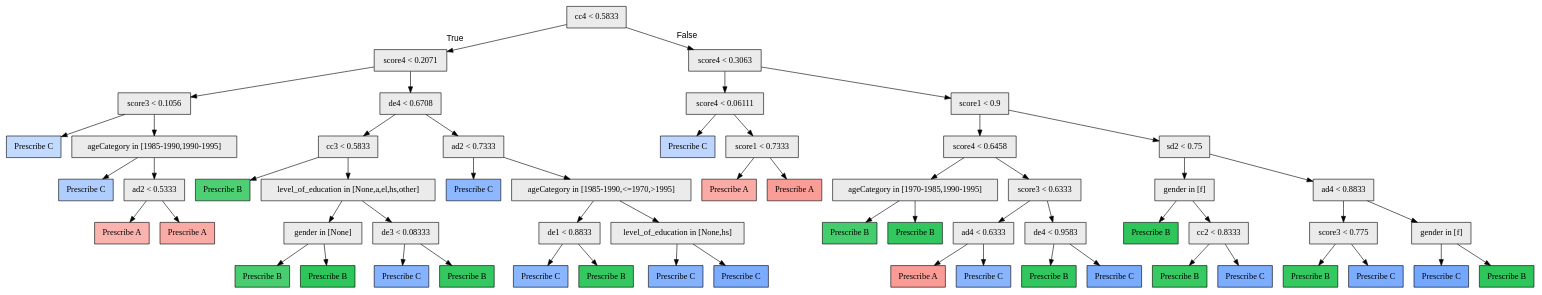
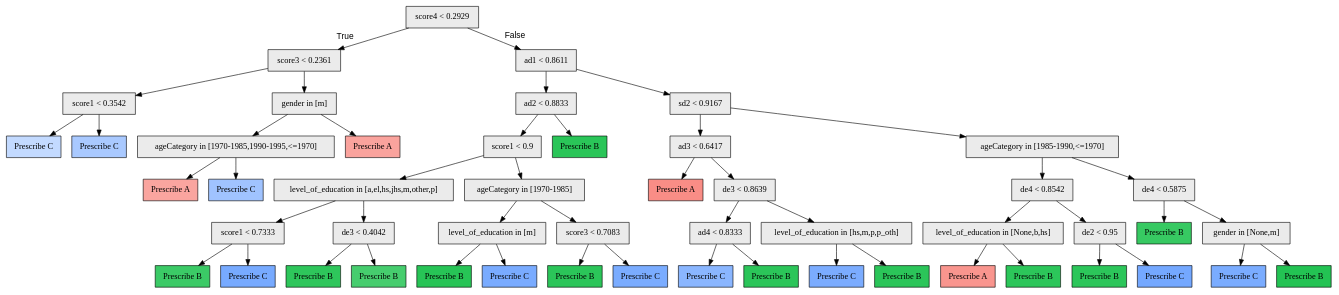
The diagram in python/model/4/rts/pytree.dot (galitLukin/PersonalizedLearning), drawn with Graphviz before and after one commit. The commit also changed 15 other files, not shown here.

```diff
--- a/python/model/4/rts/pytree.dot
+++ b/python/model/4/rts/pytree.dot
@@ -1,103 +1,95 @@
 digraph "G" {
-1 [fillcolor="#EBEBEB", fontname="bold arial", label="cc4 &lt; 0.5833", shape=box, style="filled"];
-2 [fillcolor="#EBEBEB", fontname="bold arial", label="score4 &lt; 0.2071", shape=box, style="filled"];
-3 [fillcolor="#EBEBEB", fontname="bold arial", label="score3 &lt; 0.1056", shape=box, style="filled"];
+1 [fillcolor="#EBEBEB", fontname="bold arial", label="score4 &lt; 0.2929", shape=box, style="filled"];
+2 [fillcolor="#EBEBEB", fontname="bold arial", label="score3 &lt; 0.2361", shape=box, style="filled"];
+3 [fillcolor="#EBEBEB", fontname="bold arial", label="score1 &lt; 0.3542", shape=box, style="filled"];
 4 [color=black, fillcolor="#619CFF60", fontname="bold arial", label="Prescribe C", shape=box, style="filled"];
-5 [fillcolor="#EBEBEB", fontname="bold arial", label="ageCategory in [1985-1990,1990-1995]", shape=box, style="filled"];
-6 [color=black, fillcolor="#619CFF80", fontname="bold arial", label="Prescribe C", shape=box, style="filled"];
-7 [fillcolor="#EBEBEB", fontname="bold arial", label="ad2 &lt; 0.5333", shape=box, style="filled"];
-8 [color=black, fillcolor="#F8766D8c", fontname="bold arial", label="Prescribe A", shape=box, style="filled"];
-9 [color=black, fillcolor="#F8766D9c", fontname="bold arial", label="Prescribe A", shape=box, style="filled"];
-10 [fillcolor="#EBEBEB", fontname="bold arial", label="de4 &lt; 0.6708", shape=box, style="filled"];
-11 [fillcolor="#EBEBEB", fontname="bold arial", label="cc3 &lt; 0.5833", shape=box, style="filled"];
-12 [color=black, fillcolor="#00BA38b1", fontname="bold arial", label="Prescribe B", shape=box, style="filled"];
-13 [fillcolor="#EBEBEB", fontname="bold arial", label="level_of_education in [None,a,el,hs,other]", shape=box, style="filled"];
-14 [fillcolor="#EBEBEB", fontname="bold arial", label="gender in [None]", shape=box, style="filled"];
-15 [color=black, fillcolor="#00BA38b7", fontname="bold arial", label="Prescribe B", shape=box, style="filled"];
-16 [color=black, fillcolor="#00BA38d2", fontname="bold arial", label="Prescribe B", shape=box, style="filled"];
-17 [fillcolor="#EBEBEB", fontname="bold arial", label="de3 &lt; 0.08333", shape=box, style="filled"];
-18 [color=black, fillcolor="#619CFFc3", fontname="bold arial", label="Prescribe C", shape=box, style="filled"];
-19 [color=black, fillcolor="#00BA38cb", fontname="bold arial", label="Prescribe B", shape=box, style="filled"];
-20 [fillcolor="#EBEBEB", fontname="bold arial", label="ad2 &lt; 0.7333", shape=box, style="filled"];
-21 [color=black, fillcolor="#619CFFb8", fontname="bold arial", label="Prescribe C", shape=box, style="filled"];
-22 [fillcolor="#EBEBEB", fontname="bold arial", label="ageCategory in [1985-1990,&lt;=1970,&gt;1995]", shape=box, style="filled"];
-23 [fillcolor="#EBEBEB", fontname="bold arial", label="de1 &lt; 0.8833", shape=box, style="filled"];
-24 [color=black, fillcolor="#619CFFbc", fontname="bold arial", label="Prescribe C", shape=box, style="filled"];
-25 [color=black, fillcolor="#00BA38ca", fontname="bold arial", label="Prescribe B", shape=box, style="filled"];
-26 [fillcolor="#EBEBEB", fontname="bold arial", label="level_of_education in [None,hs]", shape=box, style="filled"];
-27 [color=black, fillcolor="#619CFFc6", fontname="bold arial", label="Prescribe C", shape=box, style="filled"];
-28 [color=black, fillcolor="#619CFFd5", fontname="bold arial", label="Prescribe C", shape=box, style="filled"];
-29 [fillcolor="#EBEBEB", fontname="bold arial", label="score4 &lt; 0.3063", shape=box, style="filled"];
-30 [fillcolor="#EBEBEB", fontname="bold arial", label="score4 &lt; 0.06111", shape=box, style="filled"];
-31 [color=black, fillcolor="#619CFF68", fontname="bold arial", label="Prescribe C", shape=box, style="filled"];
-32 [fillcolor="#EBEBEB", fontname="bold arial", label="score1 &lt; 0.7333", shape=box, style="filled"];
-33 [color=black, fillcolor="#F8766D9c", fontname="bold arial", label="Prescribe A", shape=box, style="filled"];
-34 [color=black, fillcolor="#F8766Db6", fontname="bold arial", label="Prescribe A", shape=box, style="filled"];
-35 [fillcolor="#EBEBEB", fontname="bold arial", label="score1 &lt; 0.9", shape=box, style="filled"];
-36 [fillcolor="#EBEBEB", fontname="bold arial", label="score4 &lt; 0.6458", shape=box, style="filled"];
-37 [fillcolor="#EBEBEB", fontname="bold arial", label="ageCategory in [1970-1985,1990-1995]", shape=box, style="filled"];
-38 [color=black, fillcolor="#00BA38ba", fontname="bold arial", label="Prescribe B", shape=box, style="filled"];
-39 [color=black, fillcolor="#00BA38ce", fontname="bold arial", label="Prescribe B", shape=box, style="filled"];
-40 [fillcolor="#EBEBEB", fontname="bold arial", label="score3 &lt; 0.6333", shape=box, style="filled"];
-41 [fillcolor="#EBEBEB", fontname="bold arial", label="ad4 &lt; 0.6333", shape=box, style="filled"];
-42 [color=black, fillcolor="#F8766Db8", fontname="bold arial", label="Prescribe A", shape=box, style="filled"];
-43 [color=black, fillcolor="#619CFFbe", fontname="bold arial", label="Prescribe C", shape=box, style="filled"];
-44 [fillcolor="#EBEBEB", fontname="bold arial", label="de4 &lt; 0.9583", shape=box, style="filled"];
-45 [color=black, fillcolor="#00BA38ce", fontname="bold arial", label="Prescribe B", shape=box, style="filled"];
-46 [color=black, fillcolor="#619CFFd8", fontname="bold arial", label="Prescribe C", shape=box, style="filled"];
-47 [fillcolor="#EBEBEB", fontname="bold arial", label="sd2 &lt; 0.75", shape=box, style="filled"];
-48 [fillcolor="#EBEBEB", fontname="bold arial", label="gender in [f]", shape=box, style="filled"];
-49 [color=black, fillcolor="#00BA38d1", fontname="bold arial", label="Prescribe B", shape=box, style="filled"];
-50 [fillcolor="#EBEBEB", fontname="bold arial", label="cc2 &lt; 0.8333", shape=box, style="filled"];
-51 [color=black, fillcolor="#00BA38c8", fontname="bold arial", label="Prescribe B", shape=box, style="filled"];
-52 [color=black, fillcolor="#619CFFd2", fontname="bold arial", label="Prescribe C", shape=box, style="filled"];
-53 [fillcolor="#EBEBEB", fontname="bold arial", label="ad4 &lt; 0.8833", shape=box, style="filled"];
-54 [fillcolor="#EBEBEB", fontname="bold arial", label="score3 &lt; 0.775", shape=box, style="filled"];
-55 [color=black, fillcolor="#00BA38cb", fontname="bold arial", label="Prescribe B", shape=box, style="filled"];
-56 [color=black, fillcolor="#619CFFd4", fontname="bold arial", label="Prescribe C", shape=box, style="filled"];
-57 [fillcolor="#EBEBEB", fontname="bold arial", label="gender in [f]", shape=box, style="filled"];
-58 [color=black, fillcolor="#619CFFdf", fontname="bold arial", label="Prescribe C", shape=box, style="filled"];
-59 [color=black, fillcolor="#00BA38d3", fontname="bold arial", label="Prescribe B", shape=box, style="filled"];
+5 [color=black, fillcolor="#619CFF8b", fontname="bold arial", label="Prescribe C", shape=box, style="filled"];
+6 [fillcolor="#EBEBEB", fontname="bold arial", label="gender in [m]", shape=box, style="filled"];
+7 [fillcolor="#EBEBEB", fontname="bold arial", label="ageCategory in [1970-1985,1990-1995,&lt;=1970]", shape=box, style="filled"];
+8 [color=black, fillcolor="#F8766Da7", fontname="bold arial", label="Prescribe A", shape=box, style="filled"];
+9 [color=black, fillcolor="#619CFF99", fontname="bold arial", label="Prescribe C", shape=box, style="filled"];
+10 [color=black, fillcolor="#F8766Daa", fontname="bold arial", label="Prescribe A", shape=box, style="filled"];
+11 [fillcolor="#EBEBEB", fontname="bold arial", label="ad1 &lt; 0.8611", shape=box, style="filled"];
+12 [fillcolor="#EBEBEB", fontname="bold arial", label="ad2 &lt; 0.8833", shape=box, style="filled"];
+13 [fillcolor="#EBEBEB", fontname="bold arial", label="score1 &lt; 0.9", shape=box, style="filled"];
+14 [fillcolor="#EBEBEB", fontname="bold arial", label="level_of_education in [a,el,hs,jhs,m,other,p]", shape=box, style="filled"];
+15 [fillcolor="#EBEBEB", fontname="bold arial", label="score1 &lt; 0.7333", shape=box, style="filled"];
+16 [color=black, fillcolor="#00BA38c4", fontname="bold arial", label="Prescribe B", shape=box, style="filled"];
+17 [color=black, fillcolor="#619CFFda", fontname="bold arial", label="Prescribe C", shape=box, style="filled"];
+18 [fillcolor="#EBEBEB", fontname="bold arial", label="de3 &lt; 0.4042", shape=box, style="filled"];
+19 [color=black, fillcolor="#00BA38d1", fontname="bold arial", label="Prescribe B", shape=box, style="filled"];
+20 [color=black, fillcolor="#00BA38b9", fontname="bold arial", label="Prescribe B", shape=box, style="filled"];
+21 [fillcolor="#EBEBEB", fontname="bold arial", label="ageCategory in [1970-1985]", shape=box, style="filled"];
+22 [fillcolor="#EBEBEB", fontname="bold arial", label="level_of_education in [m]", shape=box, style="filled"];
+23 [color=black, fillcolor="#00BA38d8", fontname="bold arial", label="Prescribe B", shape=box, style="filled"];
+24 [color=black, fillcolor="#619CFFd8", fontname="bold arial", label="Prescribe C", shape=box, style="filled"];
+25 [fillcolor="#EBEBEB", fontname="bold arial", label="score3 &lt; 0.7083", shape=box, style="filled"];
+26 [color=black, fillcolor="#00BA38d4", fontname="bold arial", label="Prescribe B", shape=box, style="filled"];
+27 [color=black, fillcolor="#619CFFd6", fontname="bold arial", label="Prescribe C", shape=box, style="filled"];
+28 [color=black, fillcolor="#00BA38d5", fontname="bold arial", label="Prescribe B", shape=box, style="filled"];
+29 [fillcolor="#EBEBEB", fontname="bold arial", label="sd2 &lt; 0.9167", shape=box, style="filled"];
+30 [fillcolor="#EBEBEB", fontname="bold arial", label="ad3 &lt; 0.6417", shape=box, style="filled"];
+31 [color=black, fillcolor="#F8766Dd3", fontname="bold arial", label="Prescribe A", shape=box, style="filled"];
+32 [fillcolor="#EBEBEB", fontname="bold arial", label="de3 &lt; 0.8639", shape=box, style="filled"];
+33 [fillcolor="#EBEBEB", fontname="bold arial", label="ad4 &lt; 0.8333", shape=box, style="filled"];
+34 [color=black, fillcolor="#619CFFbc", fontname="bold arial", label="Prescribe C", shape=box, style="filled"];
+35 [color=black, fillcolor="#00BA38d4", fontname="bold arial", label="Prescribe B", shape=box, style="filled"];
+36 [fillcolor="#EBEBEB", fontname="bold arial", label="level_of_education in [hs,m,p,p_oth]", shape=box, style="filled"];
+37 [color=black, fillcolor="#619CFFd5", fontname="bold arial", label="Prescribe C", shape=box, style="filled"];
+38 [color=black, fillcolor="#00BA38d4", fontname="bold arial", label="Prescribe B", shape=box, style="filled"];
+39 [fillcolor="#EBEBEB", fontname="bold arial", label="ageCategory in [1985-1990,&lt;=1970]", shape=box, style="filled"];
+40 [fillcolor="#EBEBEB", fontname="bold arial", label="de4 &lt; 0.8542", shape=box, style="filled"];
+41 [fillcolor="#EBEBEB", fontname="bold arial", label="level_of_education in [None,b,hs]", shape=box, style="filled"];
+42 [color=black, fillcolor="#F8766Dc5", fontname="bold arial", label="Prescribe A", shape=box, style="filled"];
+43 [color=black, fillcolor="#00BA38d3", fontname="bold arial", label="Prescribe B", shape=box, style="filled"];
+44 [fillcolor="#EBEBEB", fontname="bold arial", label="de2 &lt; 0.95", shape=box, style="filled"];
+45 [color=black, fillcolor="#00BA38d3", fontname="bold arial", label="Prescribe B", shape=box, style="filled"];
+46 [color=black, fillcolor="#619CFFdf", fontname="bold arial", label="Prescribe C", shape=box, style="filled"];
+47 [fillcolor="#EBEBEB", fontname="bold arial", label="de4 &lt; 0.5875", shape=box, style="filled"];
+48 [color=black, fillcolor="#00BA38c8", fontname="bold arial", label="Prescribe B", shape=box, style="filled"];
+49 [fillcolor="#EBEBEB", fontname="bold arial", label="gender in [None,m]", shape=box, style="filled"];
+50 [color=black, fillcolor="#619CFFd6", fontname="bold arial", label="Prescribe C", shape=box, style="filled"];
+51 [color=black, fillcolor="#00BA38dc", fontname="bold arial", label="Prescribe B", shape=box, style="filled"];
 1 -> 2  [fontname="arial", headlabel="True", key=0, labelangle=45, labeldistance="2.5"];
-1 -> 29  [fontname="arial", headlabel="False", key=0, labelangle="-45", labeldistance="2.5"];
+1 -> 11  [fontname="arial", headlabel="False", key=0, labelangle="-45", labeldistance="2.5"];
 2 -> 3  [key=0];
-2 -> 10  [key=0];
+2 -> 6  [key=0];
 3 -> 4  [key=0];
 3 -> 5  [key=0];
-5 -> 6  [key=0];
-5 -> 7  [key=0];
+6 -> 7  [key=0];
+6 -> 10  [key=0];
 7 -> 8  [key=0];
 7 -> 9  [key=0];
-10 -> 11  [key=0];
-10 -> 20  [key=0];
 11 -> 12  [key=0];
-11 -> 13  [key=0];
+11 -> 29  [key=0];
+12 -> 13  [key=0];
+12 -> 28  [key=0];
 13 -> 14  [key=0];
-13 -> 17  [key=0];
+13 -> 21  [key=0];
 14 -> 15  [key=0];
-14 -> 16  [key=0];
-17 -> 18  [key=0];
-17 -> 19  [key=0];
-20 -> 21  [key=0];
-20 -> 22  [key=0];
+14 -> 18  [key=0];
+15 -> 16  [key=0];
+15 -> 17  [key=0];
+18 -> 19  [key=0];
+18 -> 20  [key=0];
+21 -> 22  [key=0];
+21 -> 25  [key=0];
 22 -> 23  [key=0];
-22 -> 26  [key=0];
-23 -> 24  [key=0];
-23 -> 25  [key=0];
-26 -> 27  [key=0];
-26 -> 28  [key=0];
+22 -> 24  [key=0];
+25 -> 26  [key=0];
+25 -> 27  [key=0];
 29 -> 30  [key=0];
-29 -> 35  [key=0];
+29 -> 39  [key=0];
 30 -> 31  [key=0];
 30 -> 32  [key=0];
 32 -> 33  [key=0];
-32 -> 34  [key=0];
-35 -> 36  [key=0];
-35 -> 47  [key=0];
+32 -> 36  [key=0];
+33 -> 34  [key=0];
+33 -> 35  [key=0];
 36 -> 37  [key=0];
-36 -> 40  [key=0];
-37 -> 38  [key=0];
-37 -> 39  [key=0];
+36 -> 38  [key=0];
+39 -> 40  [key=0];
+39 -> 47  [key=0];
 40 -> 41  [key=0];
 40 -> 44  [key=0];
 41 -> 42  [key=0];
@@ -105,15 +97,7 @@
 44 -> 45  [key=0];
 44 -> 46  [key=0];
 47 -> 48  [key=0];
-47 -> 53  [key=0];
-48 -> 49  [key=0];
-48 -> 50  [key=0];
-50 -> 51  [key=0];
-50 -> 52  [key=0];
-53 -> 54  [key=0];
-53 -> 57  [key=0];
-54 -> 55  [key=0];
-54 -> 56  [key=0];
-57 -> 58  [key=0];
-57 -> 59  [key=0];
+47 -> 49  [key=0];
+49 -> 50  [key=0];
+49 -> 51  [key=0];
 }
```
